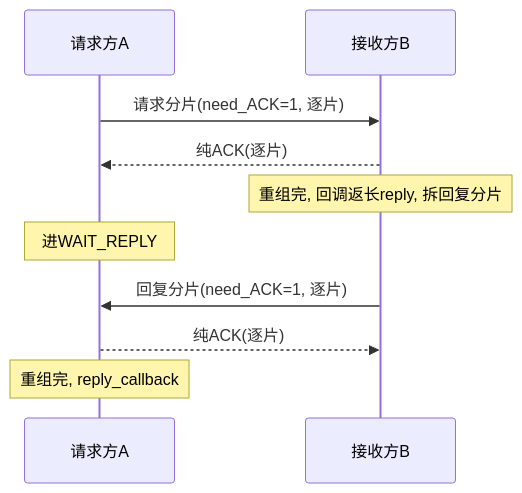
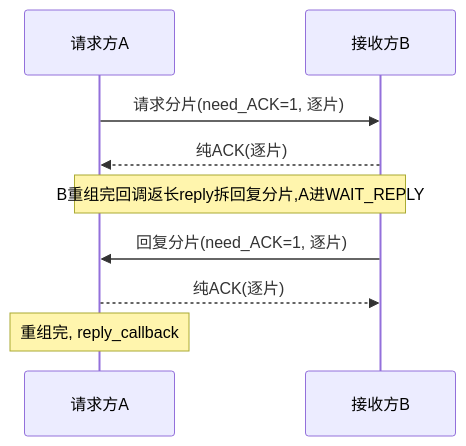
One commit to Siaiai/ObsidianNote changed the sixth of 13 diagrams in 工作/项目/代码/260401S3分拣面板-SIA-R9000P.md. Above: the diagram before and after it, drawn with Mermaid. The commit also changed other lines of this file, not shown here.

````diff
--- a/工作/项目/代码/260401S3分拣面板-SIA-R9000P.md
+++ b/工作/项目/代码/260401S3分拣面板-SIA-R9000P.md
@@ -141,12 +138,11 @@
 ```mermaid
 sequenceDiagram
     participant A as 请求方A
     participant B as 接收方B
     A->>B: 请求分片(need_ACK=1, 逐片)
     B-->>A: 纯ACK(逐片)
-    Note over B: 重组完, 回调返长reply, 拆回复分片
-    Note over A: 进WAIT_REPLY
+    Note over A,B: B重组完回调返长reply拆回复分片,A进WAIT_REPLY
     B->>A: 回复分片(need_ACK=1, 逐片)
     A-->>B: 纯ACK(逐片)
     Note over A: 重组完, reply_callback
 ```
````
